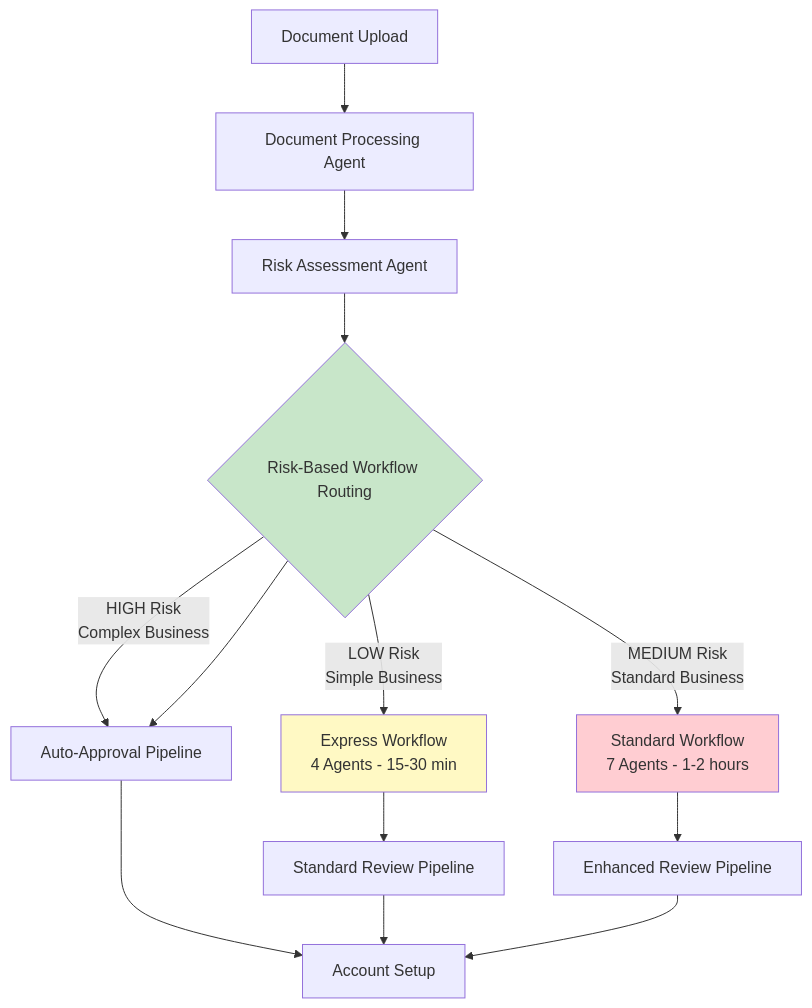
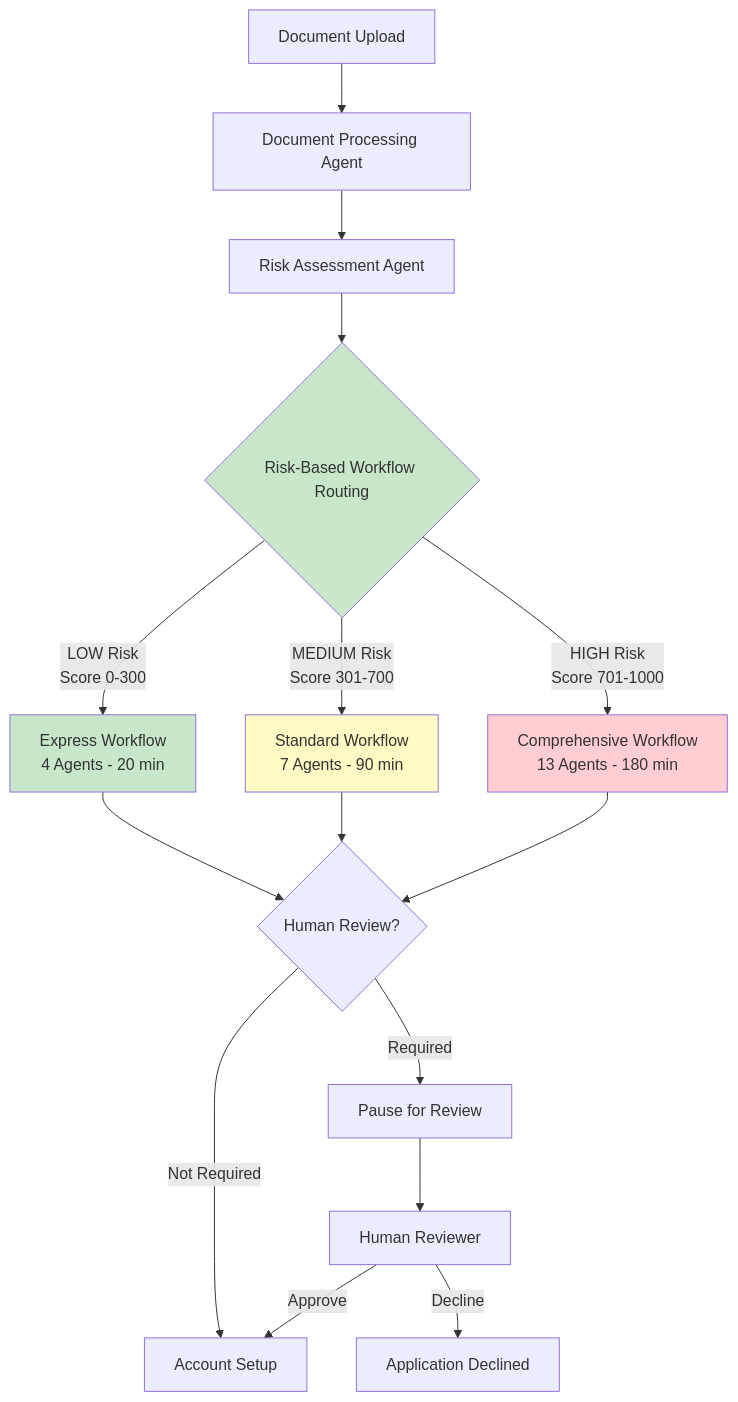
One commit to rishi154/merchant-onboarding changed the first of 11 diagrams in merchant-onboarding/AI_Agent_Architecture_Diagrams.md. Above: the diagram before and after it, drawn with Mermaid. The commit also changed other lines of this file and 20 other files, not shown here.

````diff
--- a/merchant-onboarding/AI_Agent_Architecture_Diagrams.md
+++ b/merchant-onboarding/AI_Agent_Architecture_Diagrams.md
@@ -6,22 +6,26 @@
 ```mermaid
 flowchart TD
     A[Document Upload] --> B[Document Processing Agent]
     B --> C[Risk Assessment Agent]
     C --> D{Risk-Based Workflow Routing}
     
-    D -->|LOW Risk<br/>Simple Business| E[Express Workflow<br/>4 Agents - 15-30 min]
-    D -->|MEDIUM Risk<br/>Standard Business| F[Standard Workflow<br/>7 Agents - 1-2 hours]
-    D -->|HIGH Risk<br/>Complex Business| G[Comprehensive Workflow<br/>14 Agents - 2-4 hours]
+    D -->|LOW Risk<br/>Score 0-300| E[Express Workflow<br/>4 Agents - 20 min]
+    D -->|MEDIUM Risk<br/>Score 301-700| F[Standard Workflow<br/>7 Agents - 90 min]
+    D -->|HIGH Risk<br/>Score 701-1000| G[Comprehensive Workflow<br/>13 Agents - 180 min]
     
-    D --> G[Auto-Approval Pipeline]
-    E --> H[Standard Review Pipeline]
-    F --> I[Enhanced Review Pipeline]
+    E --> H{Human Review?}
+    F --> H
+    G --> H
     
-    G --> J[Account Setup]
-    H --> J
-    I --> J
+    H -->|Required| I[Pause for Review]
+    H -->|Not Required| J[Account Setup]
+    
+    I --> K[Human Reviewer]
+    K -->|Approve| J
+    K -->|Decline| L[Application Declined]
     
     style D fill:#c8e6c9
-    style E fill:#fff9c4
-    style F fill:#ffcdd2
+    style E fill:#c8e6c9
+    style F fill:#fff9c4
+    style G fill:#ffcdd2
 ```
````
